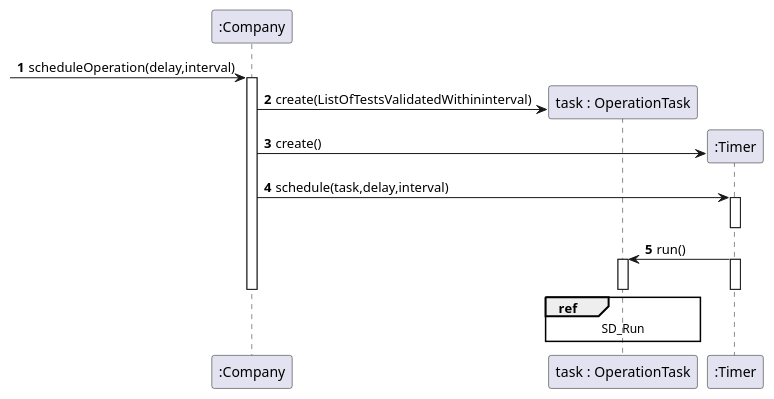
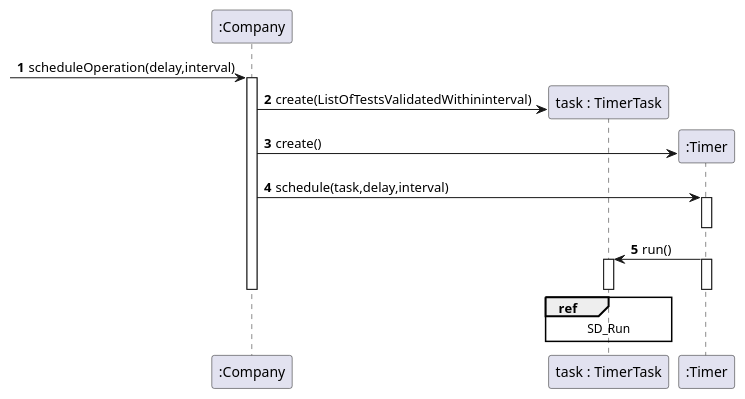
The diagram in docs/SprintD/US19/US19_SD.puml (manu-07-ela/LAPR2_ISEP), drawn with PlantUML before and after one commit. The commit also changed 3952 other files, not shown here.

```diff
--- a/docs/SprintD/US19/US19_SD.puml
+++ b/docs/SprintD/US19/US19_SD.puml
@@ -1,33 +1,33 @@
 @startuml
 autonumber
 'hide footbox
 
 
 participant ":Company" as Comp
-participant "task : OperationTask" as Task
+participant "task : TimerTask" as Task
 participant ":Timer" as Timer
 
 
 -> Comp : scheduleOperation(delay,interval)
 activate Comp
 
 Comp -> Task** : create(ListOfTestsValidatedWithininterval)
 Comp -> Timer** : create()
 Comp -> Timer : schedule(task,delay,interval)
 activate Timer
 deactivate Timer
 Timer -> Task : run()
 ref over Task
 SD_Run
 end ref
 activate Timer
 activate Task
 deactivate Task
 deactivate Timer
 deactivate Comp
 
 
 
 
 
 @enduml
```
